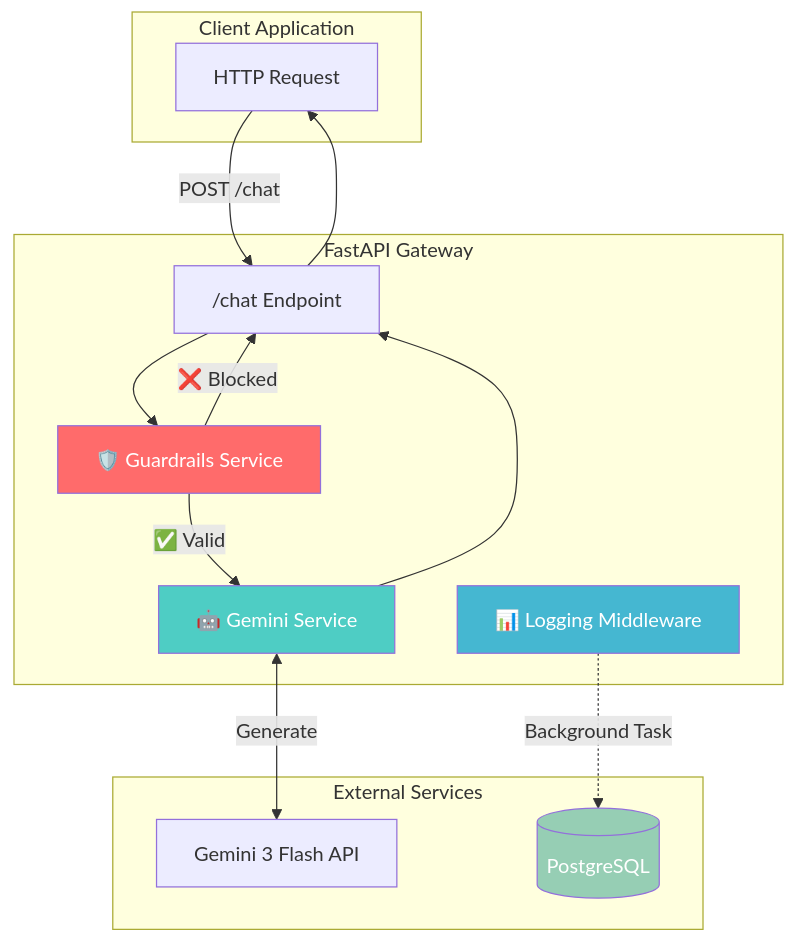
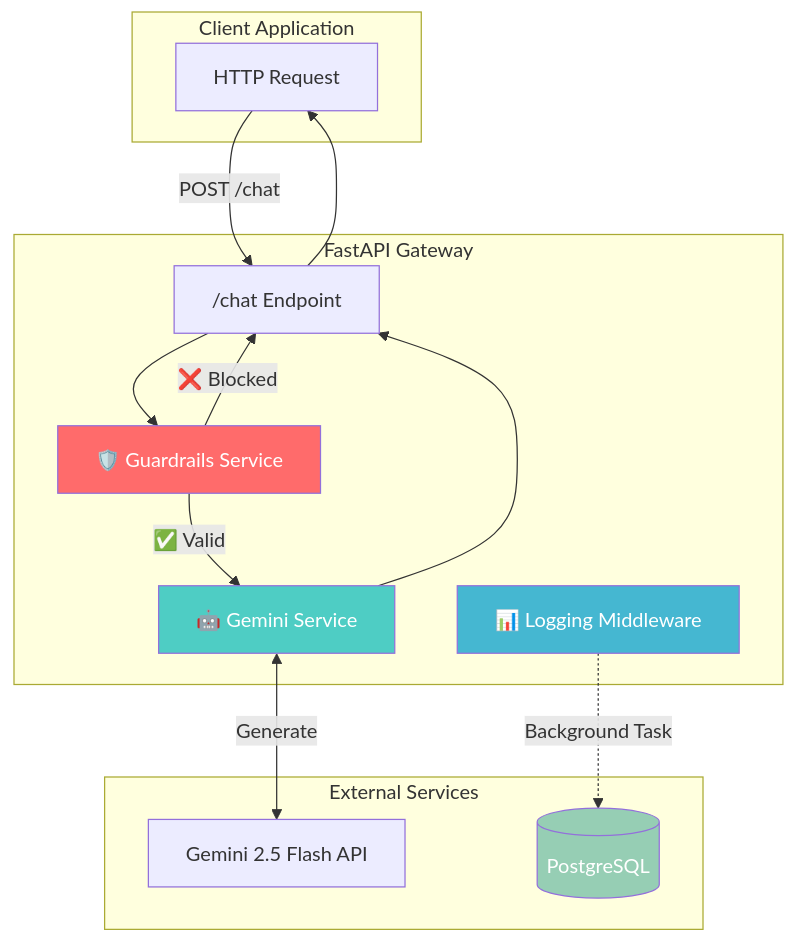
Before and after one commit to hilliersmmain/llm-gateway-api: the diagram in README.md, drawn with Mermaid. The commit also changed other lines of this file and 6 other files, not shown here.

Commit message:
Fix: Update to gemini-2.5-flash and rename project to LLM Gateway API

````diff
--- a/README.md
+++ b/README.md
@@ -22,32 +22,32 @@
 ```mermaid
 flowchart TB
     subgraph Client["Client Application"]
         A[HTTP Request]
     end
 
     subgraph Gateway["FastAPI Gateway"]
         B["/chat Endpoint"]
         C["🛡️ Guardrails Service"]
         D["🤖 Gemini Service"]
         E["📊 Logging Middleware"]
     end
 
     subgraph External["External Services"]
-        F["Gemini 3 Flash API"]
+        F["Gemini 2.5 Flash API"]
         G[("PostgreSQL")]
     end
 
     A -->|POST /chat| B
     B --> C
     C -->|"❌ Blocked"| B
     C -->|"✅ Valid"| D
     D <-->|Generate| F
     D --> B
     B --> A
     E -.->|"Background Task"| G
 
     style C fill:#ff6b6b,color:#fff
     style D fill:#4ecdc4,color:#fff
     style E fill:#45b7d1,color:#fff
     style G fill:#96ceb4,color:#fff
 ```
````
